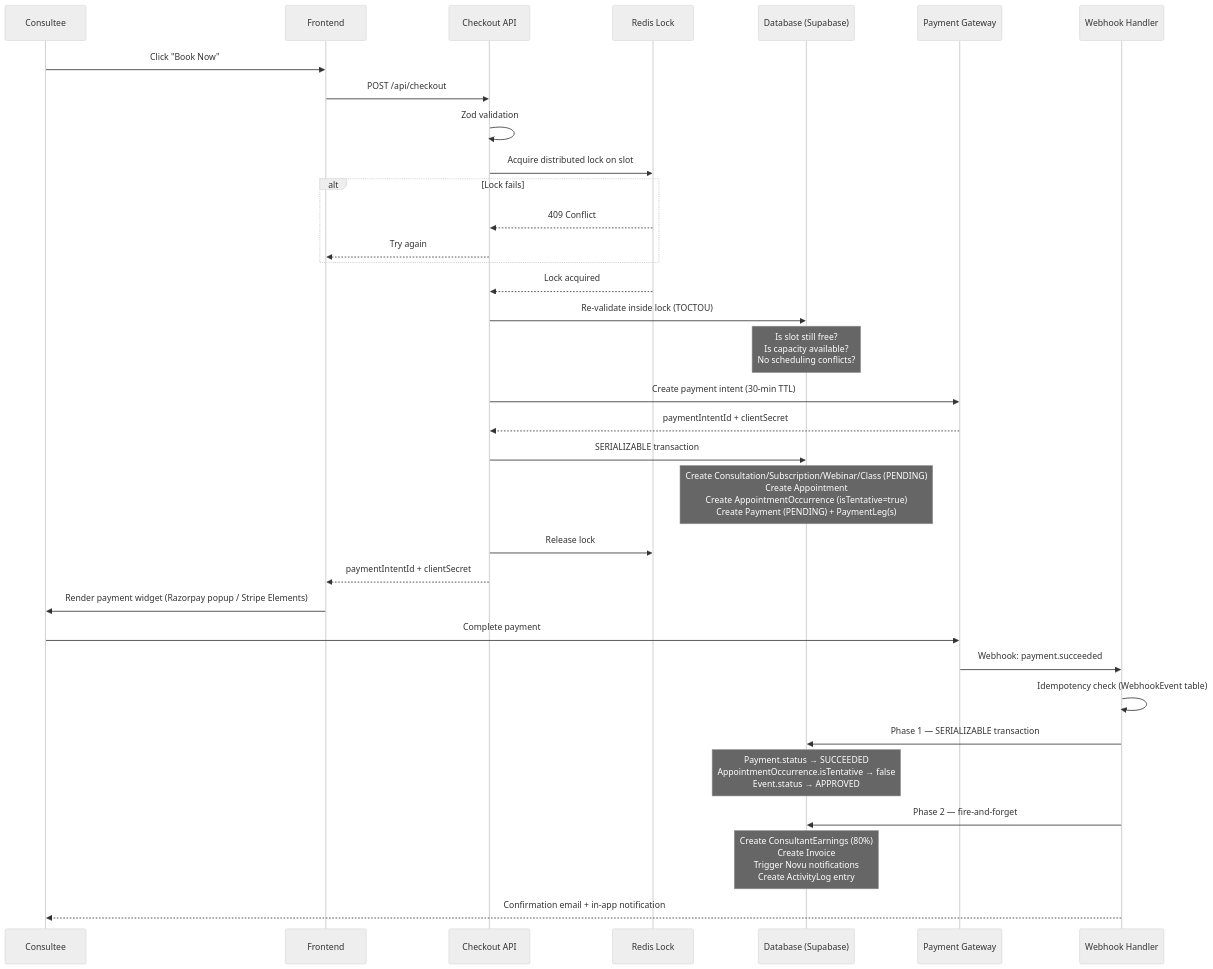
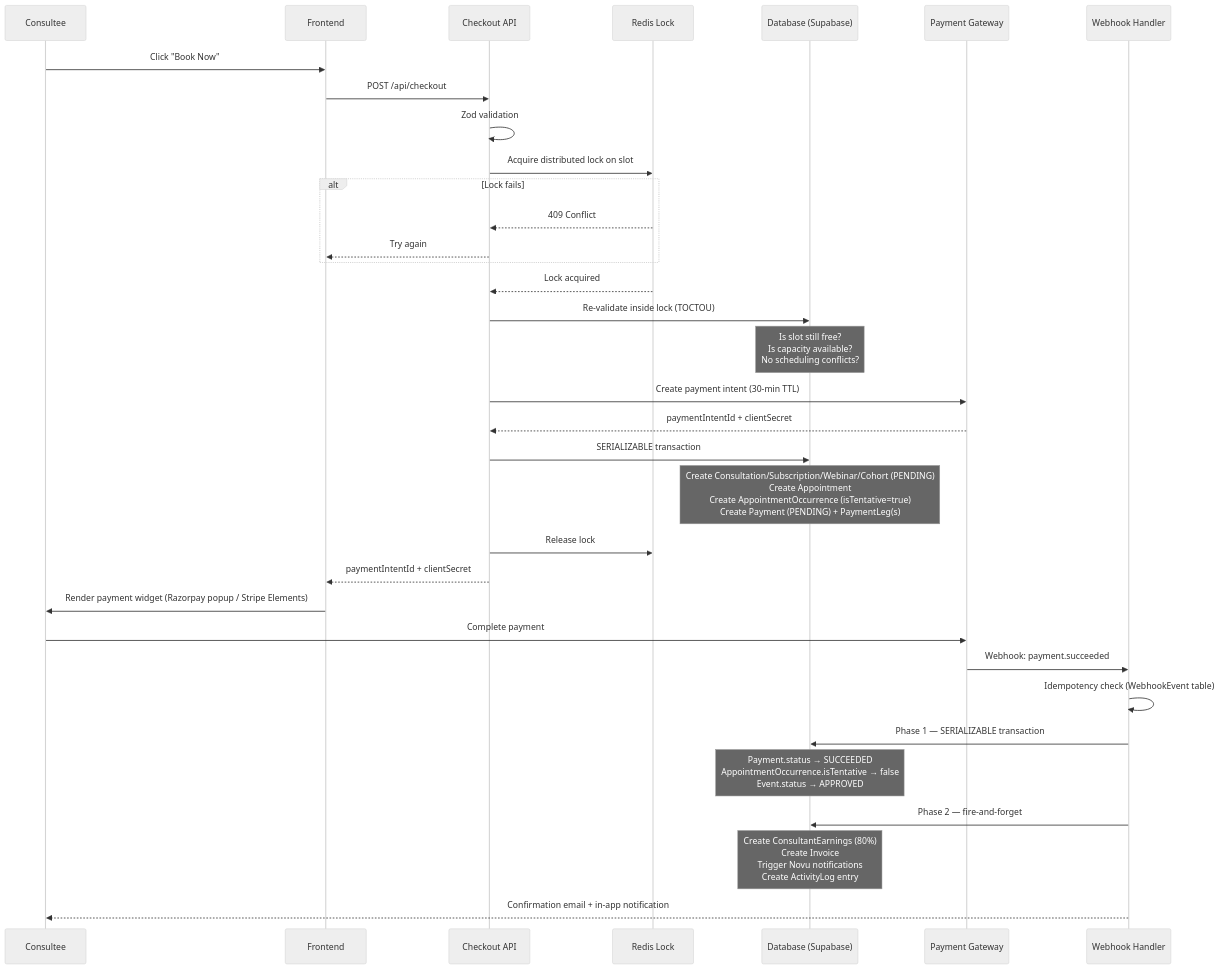
One commit to Practitionist/familiarise_web changed the sixth of 19 diagrams in docs/architecture/product-flow-map.md. Above: the diagram before and after it, drawn with Mermaid (neutral theme). The commit also changed other lines of this file and 89 other files, not shown here.

````diff
--- a/docs/architecture/product-flow-map.md
+++ b/docs/architecture/product-flow-map.md
@@ -144,47 +144,47 @@
 ```mermaid
 sequenceDiagram
     participant C as Consultee
     participant FE as Frontend
     participant API as Checkout API
     participant Redis as Redis Lock
     participant DB as Database (Supabase)
     participant GW as Payment Gateway
     participant WH as Webhook Handler
 
     C->>FE: Click "Book Now"
     FE->>API: POST /api/checkout
     API->>API: Zod validation
 
     API->>Redis: Acquire distributed lock on slot
     alt Lock fails
         Redis-->>API: 409 Conflict
         API-->>FE: Try again
     end
     Redis-->>API: Lock acquired
 
     API->>DB: Re-validate inside lock (TOCTOU)
     Note over DB: Is slot still free?<br/>Is capacity available?<br/>No scheduling conflicts?
 
     API->>GW: Create payment intent (30-min TTL)
     GW-->>API: paymentIntentId + clientSecret
 
     API->>DB: SERIALIZABLE transaction
-    Note over DB: Create Consultation/Subscription/Webinar/Class (PENDING)<br/>Create Appointment<br/>Create AppointmentOccurrence (isTentative=true)<br/>Create Payment (PENDING) + PaymentLeg(s)
+    Note over DB: Create Consultation/Subscription/Webinar/Cohort (PENDING)<br/>Create Appointment<br/>Create AppointmentOccurrence (isTentative=true)<br/>Create Payment (PENDING) + PaymentLeg(s)
 
     API->>Redis: Release lock
     API-->>FE: paymentIntentId + clientSecret
 
     FE->>C: Render payment widget (Razorpay popup / Stripe Elements)
     C->>GW: Complete payment
 
     GW->>WH: Webhook: payment.succeeded
     WH->>WH: Idempotency check (WebhookEvent table)
 
     WH->>DB: Phase 1 — SERIALIZABLE transaction
     Note over DB: Payment.status → SUCCEEDED<br/>AppointmentOccurrence.isTentative → false<br/>Event.status → APPROVED
 
     WH->>DB: Phase 2 — fire-and-forget
     Note over DB: Create ConsultantEarnings (80%)<br/>Create Invoice<br/>Trigger Novu notifications<br/>Create ActivityLog entry
 
     WH-->>C: Confirmation email + in-app notification
 ```
````
